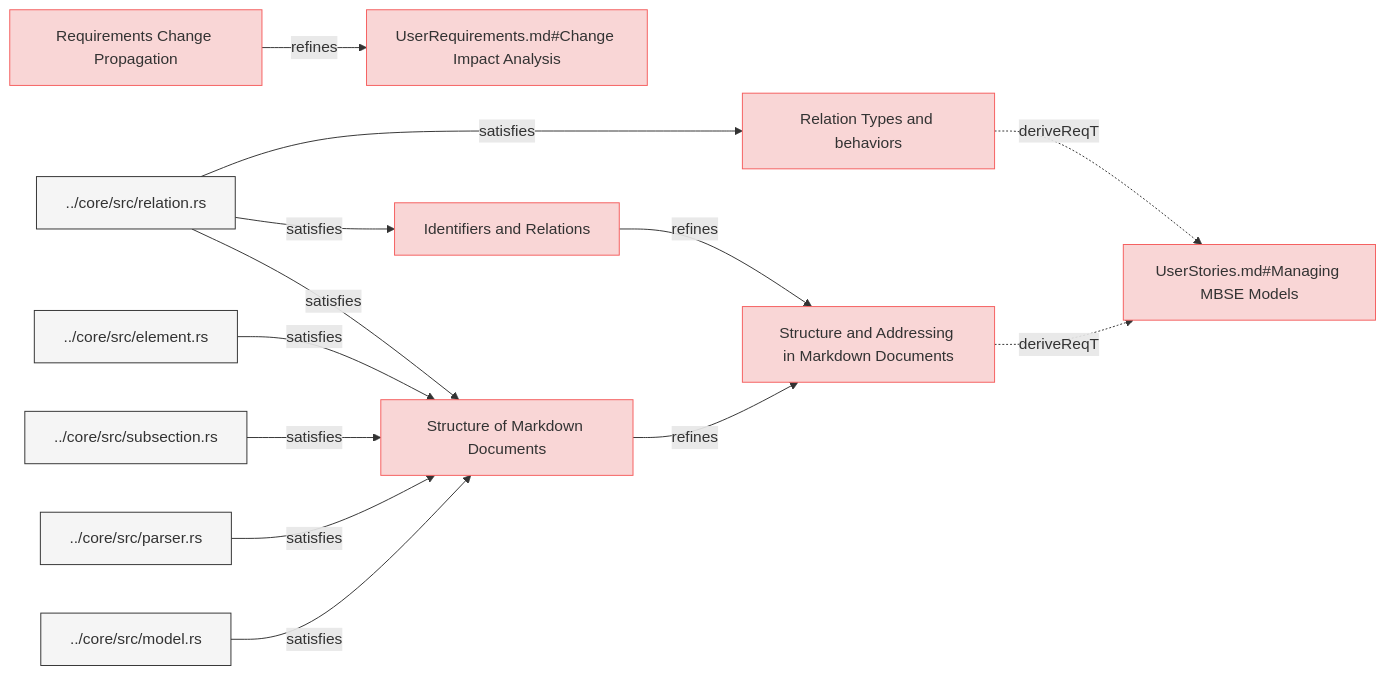
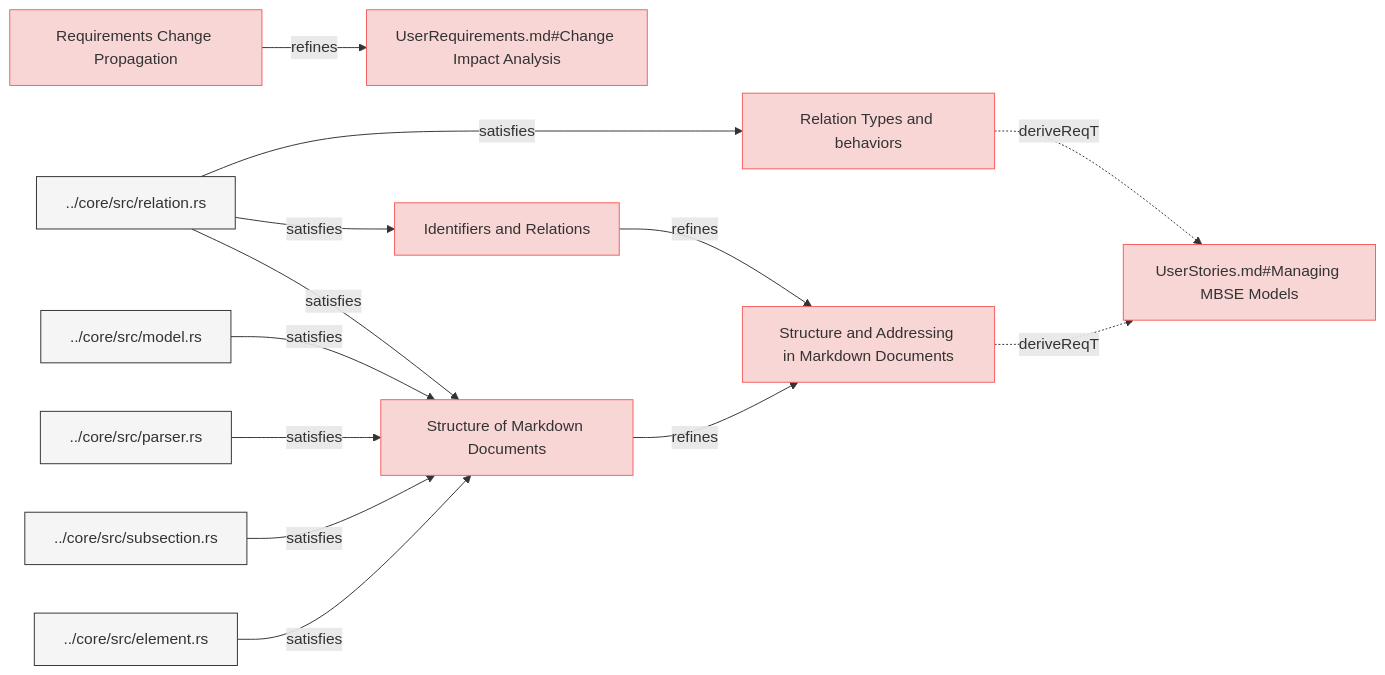
One commit to reqvire-org/reqvire changed the first of 3 diagrams in specifications/SpecificationsRequirements.md. Above: the diagram before and after it, drawn with Mermaid. The commit also changed other lines of this file and 160 other files, not shown here.

````diff
--- a/specifications/SpecificationsRequirements.md
+++ b/specifications/SpecificationsRequirements.md
@@ -4,57 +4,57 @@
 ```mermaid
 graph LR;
   %% Graph styling
   classDef requirement fill:#f9d6d6,stroke:#f55f5f,stroke-width:1px;
   classDef verification fill:#d6f9d6,stroke:#5fd75f,stroke-width:1px;
   classDef externalLink fill:#d0e0ff,stroke:#3080ff,stroke-width:1px;
   classDef default fill:#f5f5f5,stroke:#333333,stroke-width:1px;
 
-  fc5be549cefb3c18["Relation Types and behaviors"];
-  click fc5be549cefb3c18 "https://github.com/ilijaljubicic/ReqFlow/blob/73d5ae1d93adea71fdf4cc508be4d1ae09be068f/specifications/SpecificationsRequirements.md#relation-types-and-behaviors";
-  class fc5be549cefb3c18 requirement;
-  a469d82e490f4e4["UserStories.md#Managing MBSE Models"];
-  class a469d82e490f4e4 requirement;
-  click a469d82e490f4e4 "https://github.com/ilijaljubicic/ReqFlow/blob/73d5ae1d93adea71fdf4cc508be4d1ae09be068f/specifications/UserStories.md#managing-mbse-models";
-  fc5be549cefb3c18 -.->|deriveReqT| a469d82e490f4e4;
-  79753a9e8064fc6f["../core/src/relation.rs"];
-  class 79753a9e8064fc6f default;
-  click 79753a9e8064fc6f "https://github.com/ilijaljubicic/ReqFlow/blob/73d5ae1d93adea71fdf4cc508be4d1ae09be068f/core/src/relation.rs";
-  79753a9e8064fc6f -->|satisfies| fc5be549cefb3c18;
-  aac88a0aeb96f1fc["Structure and Addressing in Markdown Documents"];
-  click aac88a0aeb96f1fc "https://github.com/ilijaljubicic/ReqFlow/blob/73d5ae1d93adea71fdf4cc508be4d1ae09be068f/specifications/SpecificationsRequirements.md#structure-and-addressing-in-markdown-documents";
-  class aac88a0aeb96f1fc requirement;
-  aac88a0aeb96f1fc -.->|deriveReqT| a469d82e490f4e4;
-  47d766a3c4f31cec["Identifiers and Relations"];
-  click 47d766a3c4f31cec "https://github.com/ilijaljubicic/ReqFlow/blob/73d5ae1d93adea71fdf4cc508be4d1ae09be068f/specifications/SpecificationsRequirements.md#identifiers-and-relations";
-  class 47d766a3c4f31cec requirement;
-  47d766a3c4f31cec -->|refines| aac88a0aeb96f1fc;
-  79753a9e8064fc6f -->|satisfies| 47d766a3c4f31cec;
-  9330746134f07478["Requirements Change Propagation"];
-  click 9330746134f07478 "https://github.com/ilijaljubicic/ReqFlow/blob/73d5ae1d93adea71fdf4cc508be4d1ae09be068f/specifications/SpecificationsRequirements.md#requirements-change-propagation";
-  class 9330746134f07478 requirement;
-  52aac80b9a806080["UserRequirements.md#Change Impact Analysis"];
-  class 52aac80b9a806080 requirement;
-  click 52aac80b9a806080 "https://github.com/ilijaljubicic/ReqFlow/blob/73d5ae1d93adea71fdf4cc508be4d1ae09be068f/specifications/UserRequirements.md#change-impact-analysis";
-  9330746134f07478 -->|refines| 52aac80b9a806080;
-  dac5cca652a2f48["Structure of Markdown Documents"];
-  click dac5cca652a2f48 "https://github.com/ilijaljubicic/ReqFlow/blob/73d5ae1d93adea71fdf4cc508be4d1ae09be068f/specifications/SpecificationsRequirements.md#structure-of-markdown-documents";
-  class dac5cca652a2f48 requirement;
-  dac5cca652a2f48 -->|refines| aac88a0aeb96f1fc;
-  79753a9e8064fc6f -->|satisfies| dac5cca652a2f48;
-  dffa0f8008aada59["../core/src/element.rs"];
-  class dffa0f8008aada59 default;
-  click dffa0f8008aada59 "https://github.com/ilijaljubicic/ReqFlow/blob/73d5ae1d93adea71fdf4cc508be4d1ae09be068f/core/src/element.rs";
-  dffa0f8008aada59 -->|satisfies| dac5cca652a2f48;
-  725e4fe2fc5d8372["../core/src/subsection.rs"];
-  class 725e4fe2fc5d8372 default;
-  click 725e4fe2fc5d8372 "https://github.com/ilijaljubicic/ReqFlow/blob/73d5ae1d93adea71fdf4cc508be4d1ae09be068f/core/src/subsection.rs";
-  725e4fe2fc5d8372 -->|satisfies| dac5cca652a2f48;
-  f92be9685a777557["../core/src/parser.rs"];
-  class f92be9685a777557 default;
-  click f92be9685a777557 "https://github.com/ilijaljubicic/ReqFlow/blob/73d5ae1d93adea71fdf4cc508be4d1ae09be068f/core/src/parser.rs";
-  f92be9685a777557 -->|satisfies| dac5cca652a2f48;
-  9efd257c4e6a45f9["../core/src/model.rs"];
-  class 9efd257c4e6a45f9 default;
-  click 9efd257c4e6a45f9 "https://github.com/ilijaljubicic/ReqFlow/blob/73d5ae1d93adea71fdf4cc508be4d1ae09be068f/core/src/model.rs";
-  9efd257c4e6a45f9 -->|satisfies| dac5cca652a2f48;
+  42623d37cb96d447["Structure and Addressing in Markdown Documents"];
+  click 42623d37cb96d447 "https://github.com/ilijaljubicic/Reqvire/blob/8a68ca1eab81bac7964085e47777a0a92447c6a5/specifications/SpecificationsRequirements.md#structure-and-addressing-in-markdown-documents";
+  class 42623d37cb96d447 requirement;
+  1902659ed14c4615["UserStories.md#Managing MBSE Models"];
+  class 1902659ed14c4615 requirement;
+  click 1902659ed14c4615 "https://github.com/ilijaljubicic/Reqvire/blob/8a68ca1eab81bac7964085e47777a0a92447c6a5/specifications/UserStories.md#managing-mbse-models";
+  42623d37cb96d447 -.->|deriveReqT| 1902659ed14c4615;
+  a2c3e78d2963e98["Structure of Markdown Documents"];
+  click a2c3e78d2963e98 "https://github.com/ilijaljubicic/Reqvire/blob/8a68ca1eab81bac7964085e47777a0a92447c6a5/specifications/SpecificationsRequirements.md#structure-of-markdown-documents";
+  class a2c3e78d2963e98 requirement;
+  a2c3e78d2963e98 -->|refines| 42623d37cb96d447;
+  a5d081e55d4f6501["../core/src/relation.rs"];
+  class a5d081e55d4f6501 default;
+  click a5d081e55d4f6501 "https://github.com/ilijaljubicic/Reqvire/blob/8a68ca1eab81bac7964085e47777a0a92447c6a5/core/src/relation.rs";
+  a5d081e55d4f6501 -->|satisfies| a2c3e78d2963e98;
+  c1267163bffca360["../core/src/element.rs"];
+  class c1267163bffca360 default;
+  click c1267163bffca360 "https://github.com/ilijaljubicic/Reqvire/blob/8a68ca1eab81bac7964085e47777a0a92447c6a5/core/src/element.rs";
+  c1267163bffca360 -->|satisfies| a2c3e78d2963e98;
+  64c8cfac9e2e6b8["../core/src/subsection.rs"];
+  class 64c8cfac9e2e6b8 default;
+  click 64c8cfac9e2e6b8 "https://github.com/ilijaljubicic/Reqvire/blob/8a68ca1eab81bac7964085e47777a0a92447c6a5/core/src/subsection.rs";
+  64c8cfac9e2e6b8 -->|satisfies| a2c3e78d2963e98;
+  8af498811b4b1f17["../core/src/parser.rs"];
+  class 8af498811b4b1f17 default;
+  click 8af498811b4b1f17 "https://github.com/ilijaljubicic/Reqvire/blob/8a68ca1eab81bac7964085e47777a0a92447c6a5/core/src/parser.rs";
+  8af498811b4b1f17 -->|satisfies| a2c3e78d2963e98;
+  2671722513a08b18["../core/src/model.rs"];
+  class 2671722513a08b18 default;
+  click 2671722513a08b18 "https://github.com/ilijaljubicic/Reqvire/blob/8a68ca1eab81bac7964085e47777a0a92447c6a5/core/src/model.rs";
+  2671722513a08b18 -->|satisfies| a2c3e78d2963e98;
+  6b4e50ab2251059a["Identifiers and Relations"];
+  click 6b4e50ab2251059a "https://github.com/ilijaljubicic/Reqvire/blob/8a68ca1eab81bac7964085e47777a0a92447c6a5/specifications/SpecificationsRequirements.md#identifiers-and-relations";
+  class 6b4e50ab2251059a requirement;
+  6b4e50ab2251059a -->|refines| 42623d37cb96d447;
+  a5d081e55d4f6501 -->|satisfies| 6b4e50ab2251059a;
+  2d15970eff910dc2["Requirements Change Propagation"];
+  click 2d15970eff910dc2 "https://github.com/ilijaljubicic/Reqvire/blob/8a68ca1eab81bac7964085e47777a0a92447c6a5/specifications/SpecificationsRequirements.md#requirements-change-propagation";
+  class 2d15970eff910dc2 requirement;
+  6f4efc192ae34938["UserRequirements.md#Change Impact Analysis"];
+  class 6f4efc192ae34938 requirement;
+  click 6f4efc192ae34938 "https://github.com/ilijaljubicic/Reqvire/blob/8a68ca1eab81bac7964085e47777a0a92447c6a5/specifications/UserRequirements.md#change-impact-analysis";
+  2d15970eff910dc2 -->|refines| 6f4efc192ae34938;
+  b2e7c7fada8a1e2d["Relation Types and behaviors"];
+  click b2e7c7fada8a1e2d "https://github.com/ilijaljubicic/Reqvire/blob/8a68ca1eab81bac7964085e47777a0a92447c6a5/specifications/SpecificationsRequirements.md#relation-types-and-behaviors";
+  class b2e7c7fada8a1e2d requirement;
+  b2e7c7fada8a1e2d -.->|deriveReqT| 1902659ed14c4615;
+  a5d081e55d4f6501 -->|satisfies| b2e7c7fada8a1e2d;
 ```
````
